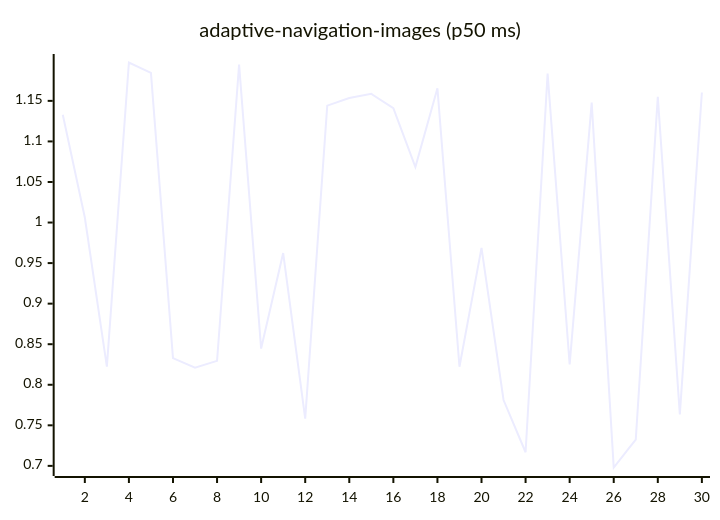
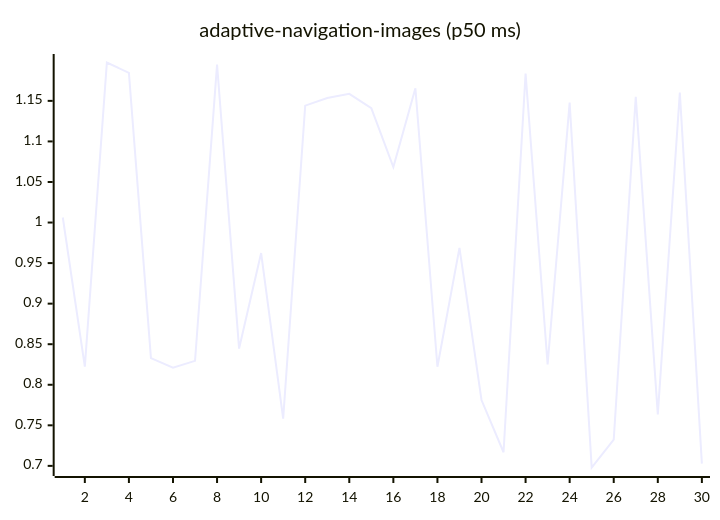
The first of 27 diagrams in README.md (josha/Facet), drawn with Mermaid before and after one commit. The commit also changed other lines of this file and 2 other files, not shown here.

````diff
--- a/README.md
+++ b/README.md
@@ -63,6 +63,6 @@
 ```mermaid
 xychart-beta
     title "adaptive-navigation-images (p50 ms)"
     x-axis 1 --> 30
-    line [1.1328, 1.0062, 0.8224, 1.1973, 1.1845, 0.8328, 0.8211, 0.8295, 1.1947, 0.8446, 0.9624, 0.7583, 1.1441, 1.1535, 1.1586, 1.1410, 1.0683, 1.1655, 0.8222, 0.9687, 0.7812, 0.7168, 1.1836, 0.8250, 1.1478, 0.6980, 0.7325, 1.1549, 0.7635, 1.1603]
+    line [1.0062, 0.8224, 1.1973, 1.1845, 0.8328, 0.8211, 0.8295, 1.1947, 0.8446, 0.9624, 0.7583, 1.1441, 1.1535, 1.1586, 1.1410, 1.0683, 1.1655, 0.8222, 0.9687, 0.7812, 0.7168, 1.1836, 0.8250, 1.1478, 0.6980, 0.7325, 1.1549, 0.7635, 1.1603, 0.7028]
 ```
````
